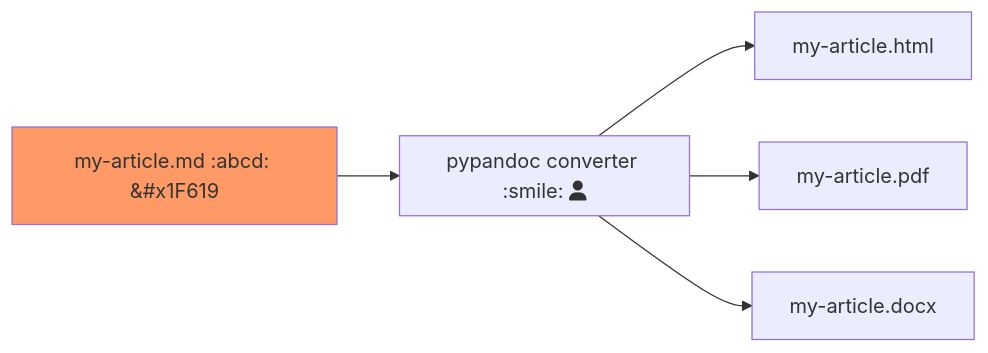
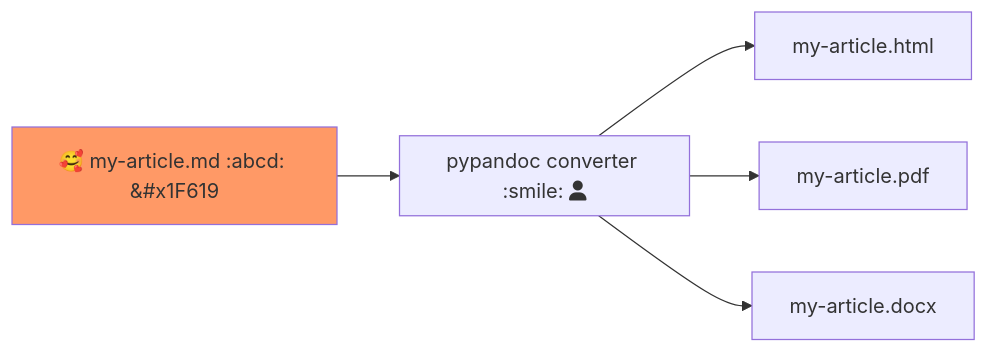
The diagram in README.md (rishigoutam/pandoc-converter), drawn with Mermaid before and after one commit.

````diff
--- a/README.md
+++ b/README.md
@@ -6,14 +6,14 @@
 ```mermaid
 flowchart LR
-    markdown[my-article.md :abcd: &amp#x1F619]:::input
+    markdown["🥰 my-article.md :abcd: &amp#x1F619"]:::input
     classDef input fill:#f96;
     
     subgraph pypandoc [pypandoc converter :smile: fa:fa-user]
         
     end
     html[my-article.html]
     pdf[my-article.pdf]
     word[my-article.docx]
     
     markdown-->pypandoc-->html & pdf & word
 ```
````
